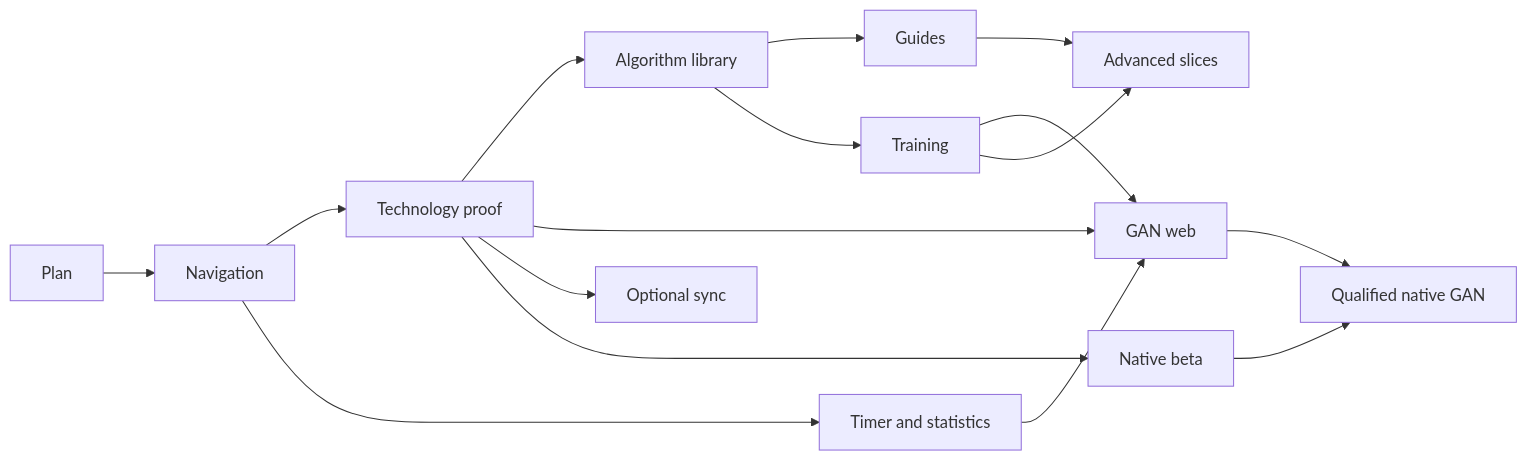
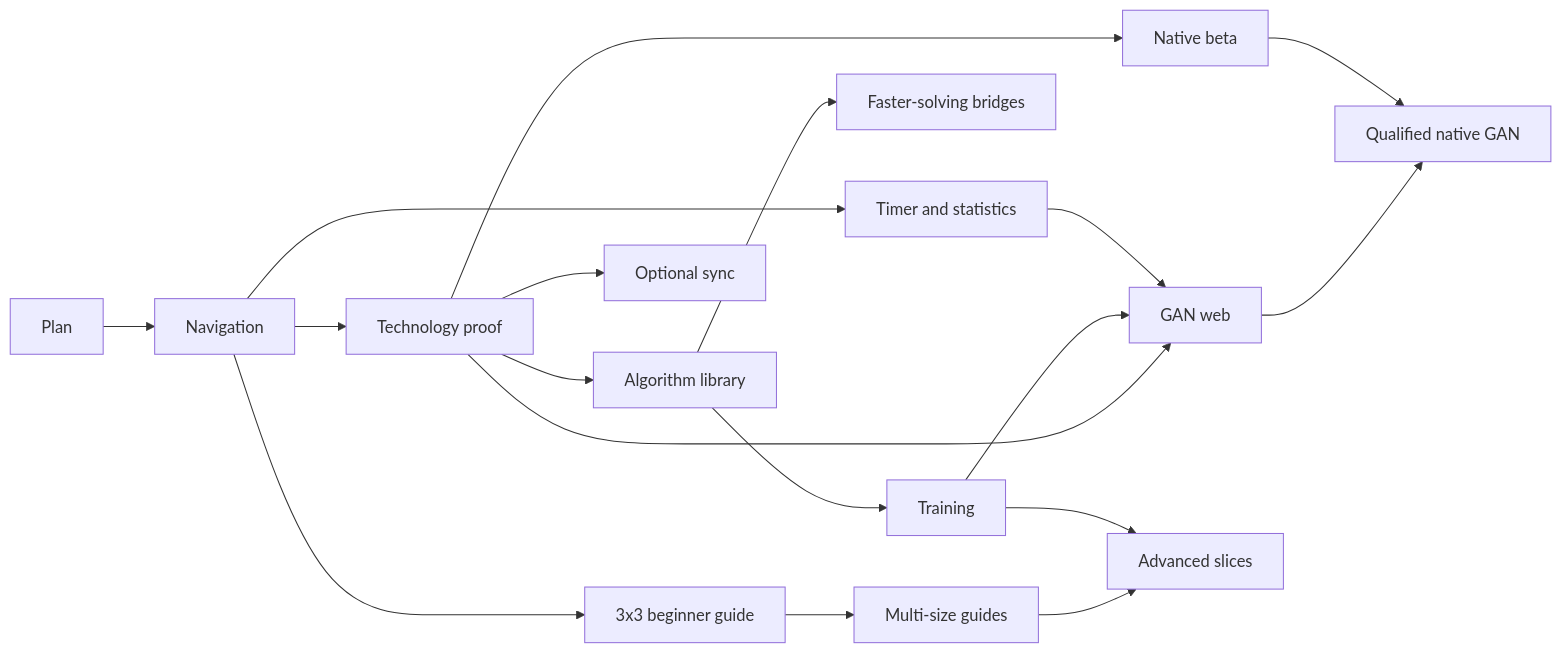
One commit to RahulSinghParmar/the-cube changed the diagram in docs/architecture/07-delivery.md. Above: the diagram before and after it, drawn with Mermaid. The commit also changed other lines of this file and 4 other files, not shown here.

Commit message:
docs: define guided tutorials and multi-size courses

````diff
--- a/docs/architecture/07-delivery.md
+++ b/docs/architecture/07-delivery.md
@@ -29,18 +33,20 @@
 ```mermaid
 flowchart LR
   P0[Plan] --> P1[Navigation]
   P1 --> P2[Technology proof]
   P2 --> P3[Algorithm library]
-  P3 --> P4[Guides]
+  P1 --> P4A[3x3 beginner guide]
+  P4A --> P4[Multi-size guides]
+  P3 --> P4E[Faster-solving bridges]
   P3 --> P5[Training]
   P1 --> P6[Timer and statistics]
   P2 --> P7[GAN web]
   P5 --> P7
   P6 --> P7
   P2 --> P8[Optional sync]
   P2 --> P9[Native beta]
   P7 --> NativeBLE[Qualified native GAN]
   P9 --> NativeBLE
   P4 --> P10[Advanced slices]
   P5 --> P10
 ```
````
